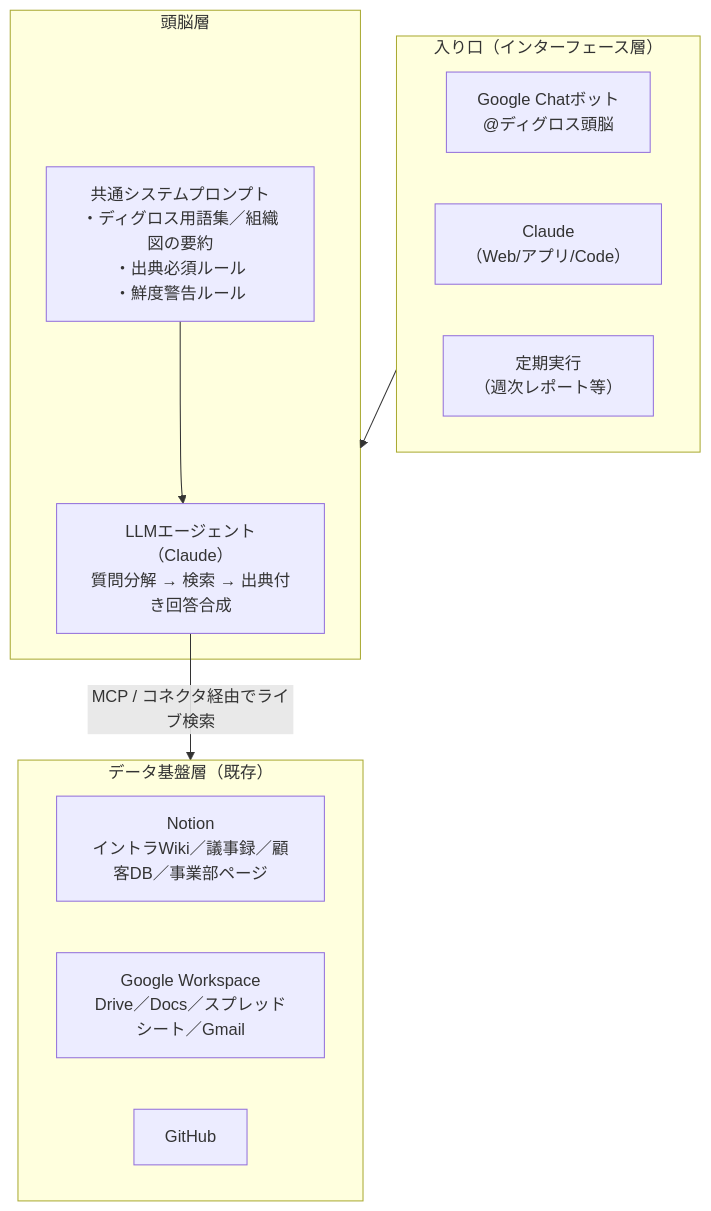
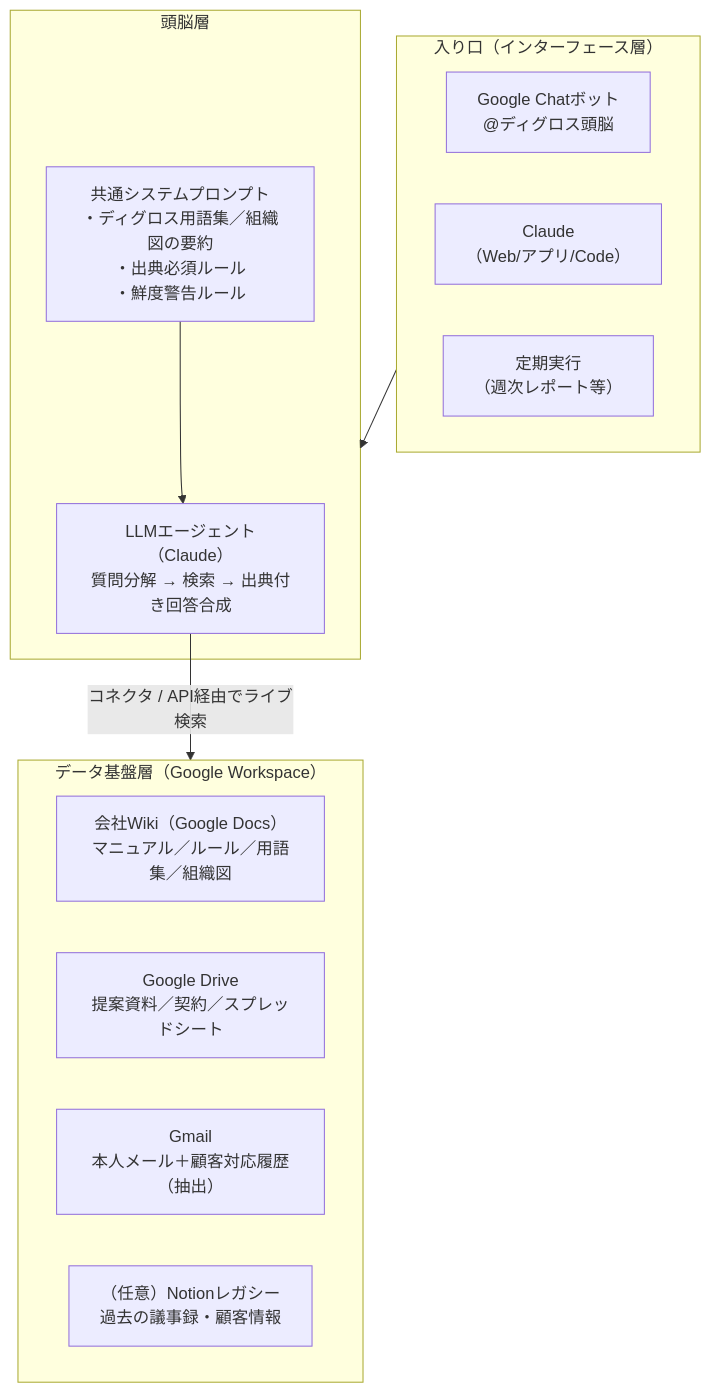
The diagram in docs/DESIGN_dgloss-brain.md (ishii-code/dgloss-os2.0), drawn with Mermaid before and after one commit. The commit also changed other lines of this file and 3 other files, not shown here.

````diff
--- a/docs/DESIGN_dgloss-brain.md
+++ b/docs/DESIGN_dgloss-brain.md
@@ -54,23 +50,24 @@
 ```mermaid
 flowchart TB
     subgraph interfaces["入り口（インターフェース層）"]
         gchat["Google Chatボット<br>@ディグロス頭脳"]
         claude["Claude<br>（Web/アプリ/Code）"]
         routine["定期実行<br>（週次レポート等）"]
     end
 
     subgraph brain["頭脳層"]
         agent["LLMエージェント（Claude）<br>質問分解 → 検索 → 出典付き回答合成"]
         prompt["共通システムプロンプト<br>・ディグロス用語集／組織図の要約<br>・出典必須ルール<br>・鮮度警告ルール"]
     end
 
-    subgraph sources["データ基盤層（既存）"]
-        notion["Notion<br>イントラWiki／議事録／顧客DB／事業部ページ"]
-        workspace["Google Workspace<br>Drive／Docs／スプレッドシート／Gmail"]
-        github["GitHub"]
+    subgraph sources["データ基盤層（Google Workspace）"]
+        wiki["会社Wiki（Google Docs）<br>マニュアル／ルール／用語集／組織図"]
+        drive["Google Drive<br>提案資料／契約／スプレッドシート"]
+        gmail["Gmail<br>本人メール＋顧客対応履歴（抽出）"]
+        legacy["（任意）Notionレガシー<br>過去の議事録・顧客情報"]
     end
 
     interfaces --> brain
-    agent -- "MCP / コネクタ経由でライブ検索" --> sources
+    agent -- "コネクタ / API経由でライブ検索" --> sources
     prompt --> agent
 ```
````
